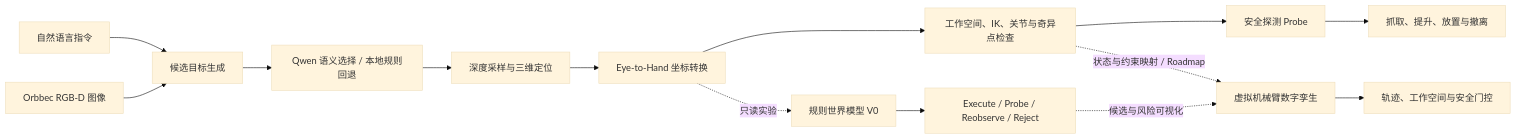
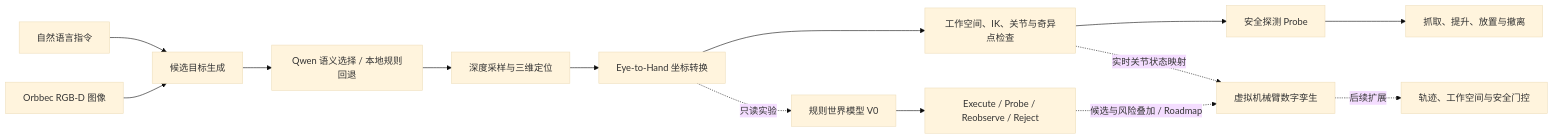
The diagram in README.md (Doy369/lebai_LM3_agant), drawn with Mermaid (base theme) before and after one commit. The commit also changed other lines of this file and 10 other files, not shown here.

````diff
--- a/README.md
+++ b/README.md
@@ -62,16 +62,16 @@
 ```mermaid
 flowchart LR
     A["自然语言指令"] --> C["候选目标生成"]
     B["Orbbec RGB-D 图像"] --> C
     C --> D["Qwen 语义选择 / 本地规则回退"]
     D --> E["深度采样与三维定位"]
     E --> F["Eye-to-Hand 坐标转换"]
     F --> G["工作空间、IK、关节与奇异点检查"]
     G --> H["安全探测 Probe"]
     H --> I["抓取、提升、放置与撤离"]
     F -.只读实验.-> J["规则世界模型 V0"]
     J --> K["Execute / Probe / Reobserve / Reject"]
-    G -.状态与约束映射 / Roadmap.-> L["虚拟机械臂数字孪生"]
-    K -.候选与风险可视化.-> L
-    L --> M["轨迹、工作空间与安全门控"]
+    G -.实时关节状态映射.-> L["虚拟机械臂数字孪生"]
+    K -.候选与风险叠加 / Roadmap.-> L
+    L -.后续扩展.-> M["轨迹、工作空间与安全门控"]
 ```
````
